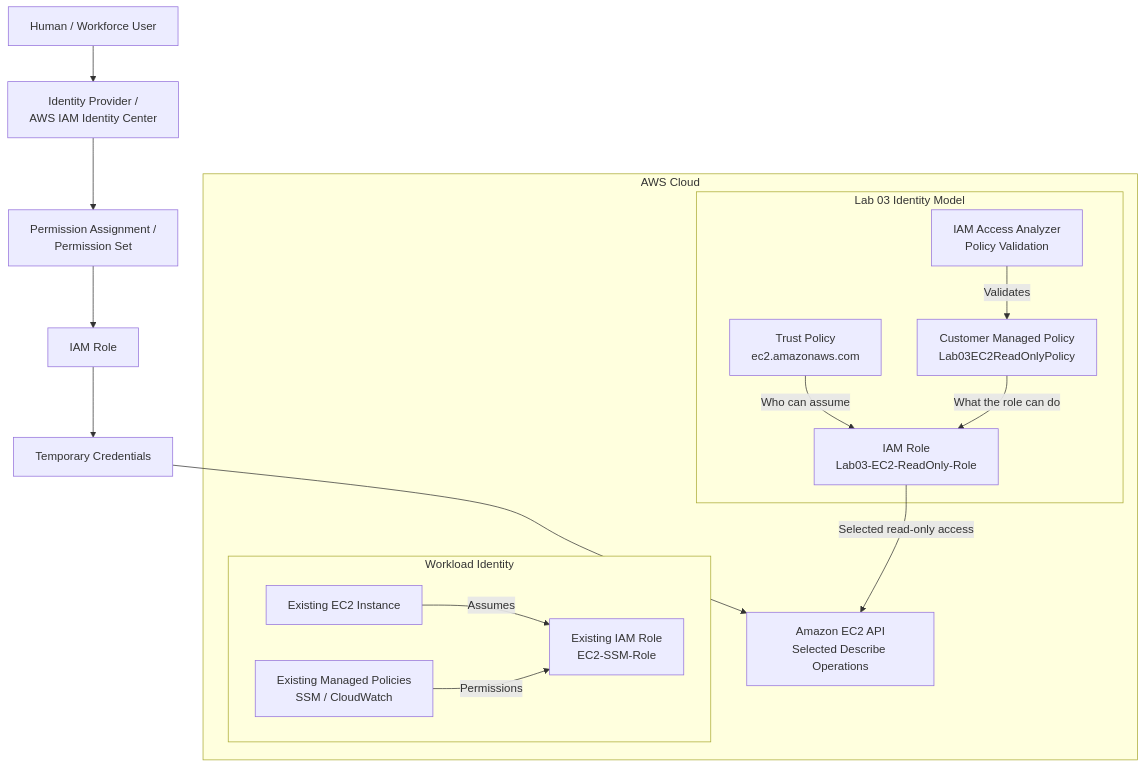
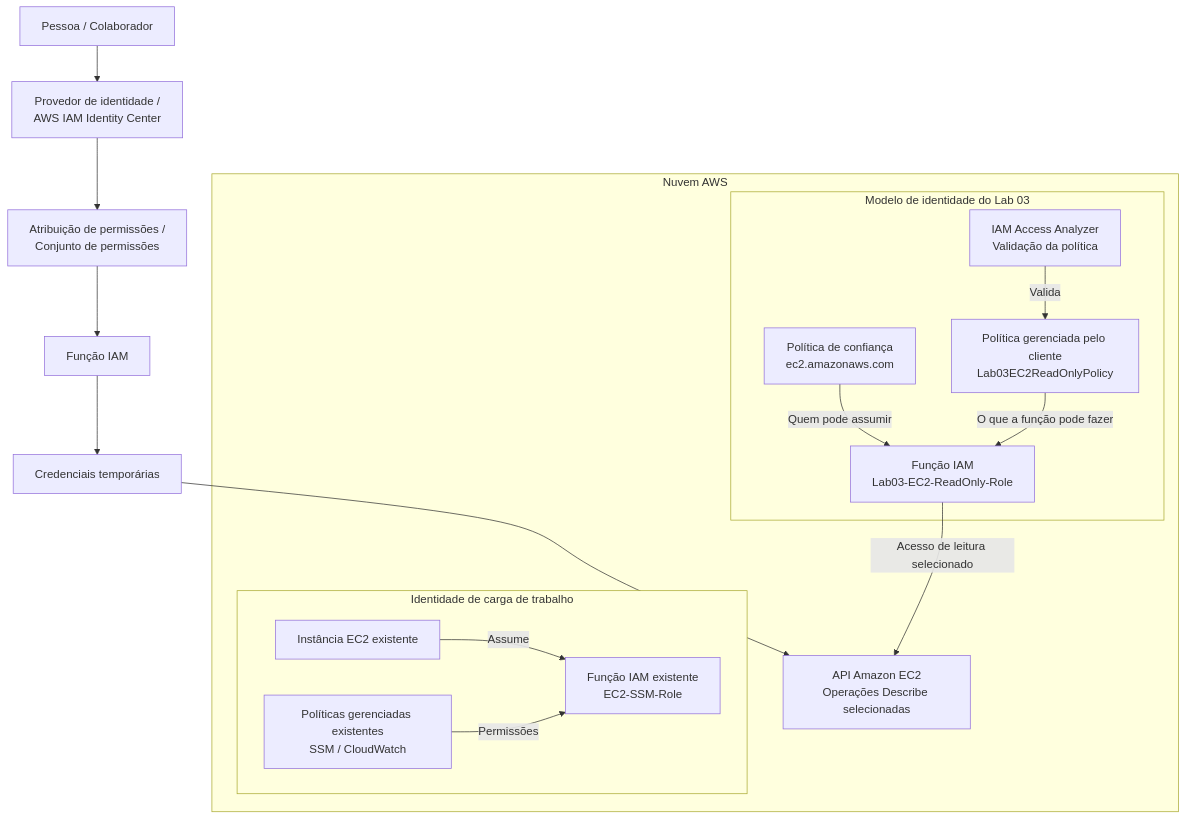
The diagram in labs/03-iam-roles-and-policies/README.pt-BR.md (itamarsb/aws-cloud-engineering-lab), drawn with Mermaid before and after one commit. The commit also changed other lines of this file, not shown here.

Commit message:
docs: translate Lab 03 diagrams and add Portuguese navigation

````diff
--- a/labs/03-iam-roles-and-policies/README.pt-BR.md
+++ b/labs/03-iam-roles-and-policies/README.pt-BR.md
@@ -165,41 +167,41 @@
 ```mermaid
 flowchart TB
 
-    HUMAN["Human / Workforce User"]
-    IDC["Identity Provider /<br/>AWS IAM Identity Center"]
-    PS["Permission Assignment /<br/>Permission Set"]
-    HUMANROLE["IAM Role"]
-    HUMANCREDS["Temporary Credentials"]
+    HUMAN["Pessoa / Colaborador"]
+    IDC["Provedor de identidade /<br/>AWS IAM Identity Center"]
+    PS["Atribuição de permissões /<br/>Conjunto de permissões"]
+    HUMANROLE["Função IAM"]
+    HUMANCREDS["Credenciais temporárias"]
 
-    subgraph AWS["AWS Cloud"]
+    subgraph AWS["Nuvem AWS"]
 
-        subgraph WORKLOAD["Workload Identity"]
-            INSTANCE["Existing EC2 Instance"]
-            EXISTINGROLE["Existing IAM Role<br/>EC2-SSM-Role"]
-            EXISTINGPOLICIES["Existing Managed Policies<br/>SSM / CloudWatch"]
+        subgraph WORKLOAD["Identidade de carga de trabalho"]
+            INSTANCE["Instância EC2 existente"]
+            EXISTINGROLE["Função IAM existente<br/>EC2-SSM-Role"]
+            EXISTINGPOLICIES["Políticas gerenciadas existentes<br/>SSM / CloudWatch"]
         end
 
-        subgraph LAB["Lab 03 Identity Model"]
-            LABROLE["IAM Role<br/>Lab03-EC2-ReadOnly-Role"]
-            TRUST["Trust Policy<br/>ec2.amazonaws.com"]
-            POLICY["Customer Managed Policy<br/>Lab03EC2ReadOnlyPolicy"]
-            ANALYZER["IAM Access Analyzer<br/>Policy Validation"]
+        subgraph LAB["Modelo de identidade do Lab 03"]
+            LABROLE["Função IAM<br/>Lab03-EC2-ReadOnly-Role"]
+            TRUST["Política de confiança<br/>ec2.amazonaws.com"]
+            POLICY["Política gerenciada pelo cliente<br/>Lab03EC2ReadOnlyPolicy"]
+            ANALYZER["IAM Access Analyzer<br/>Validação da política"]
         end
 
-        EC2API["Amazon EC2 API<br/>Selected Describe Operations"]
+        EC2API["API Amazon EC2<br/>Operações Describe selecionadas"]
     end
 
     HUMAN --> IDC
     IDC --> PS
     PS --> HUMANROLE
     HUMANROLE --> HUMANCREDS
     HUMANCREDS --> EC2API
 
-    INSTANCE -->|"Assumes"| EXISTINGROLE
-    EXISTINGPOLICIES -->|"Permissions"| EXISTINGROLE
+    INSTANCE -->|"Assume"| EXISTINGROLE
+    EXISTINGPOLICIES -->|"Permissões"| EXISTINGROLE
 
-    TRUST -->|"Who can assume"| LABROLE
-    POLICY -->|"What the role can do"| LABROLE
-    ANALYZER -->|"Validates"| POLICY
-    LABROLE -->|"Selected read-only access"| EC2API
+    TRUST -->|"Quem pode assumir"| LABROLE
+    POLICY -->|"O que a função pode fazer"| LABROLE
+    ANALYZER -->|"Valida"| POLICY
+    LABROLE -->|"Acesso de leitura selecionado"| EC2API
 ```
````
